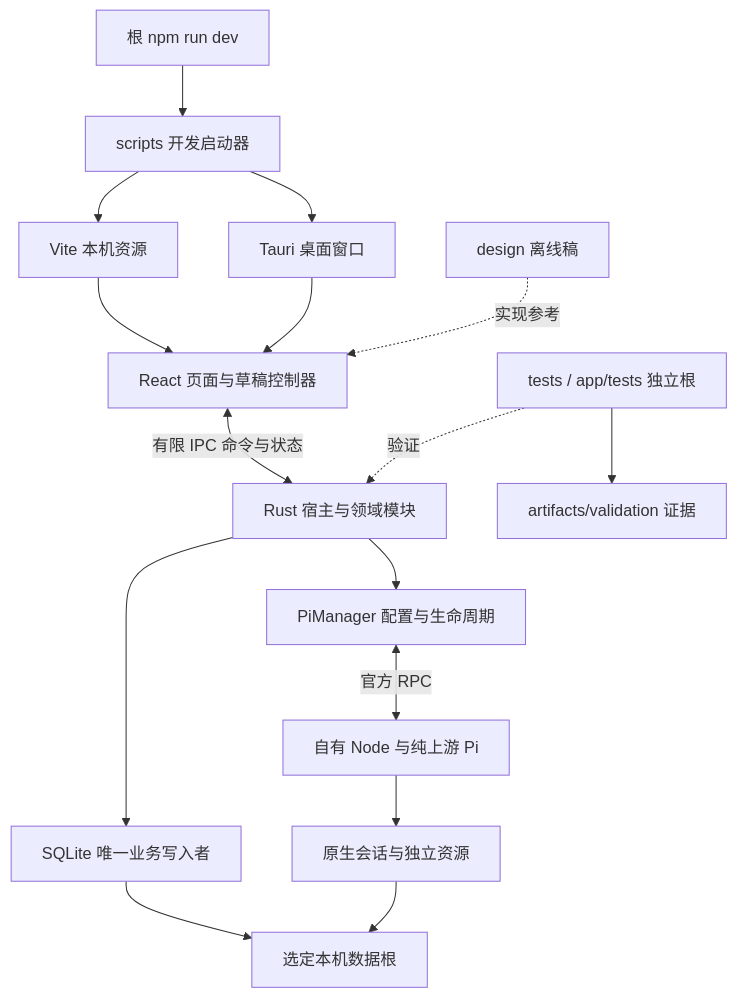
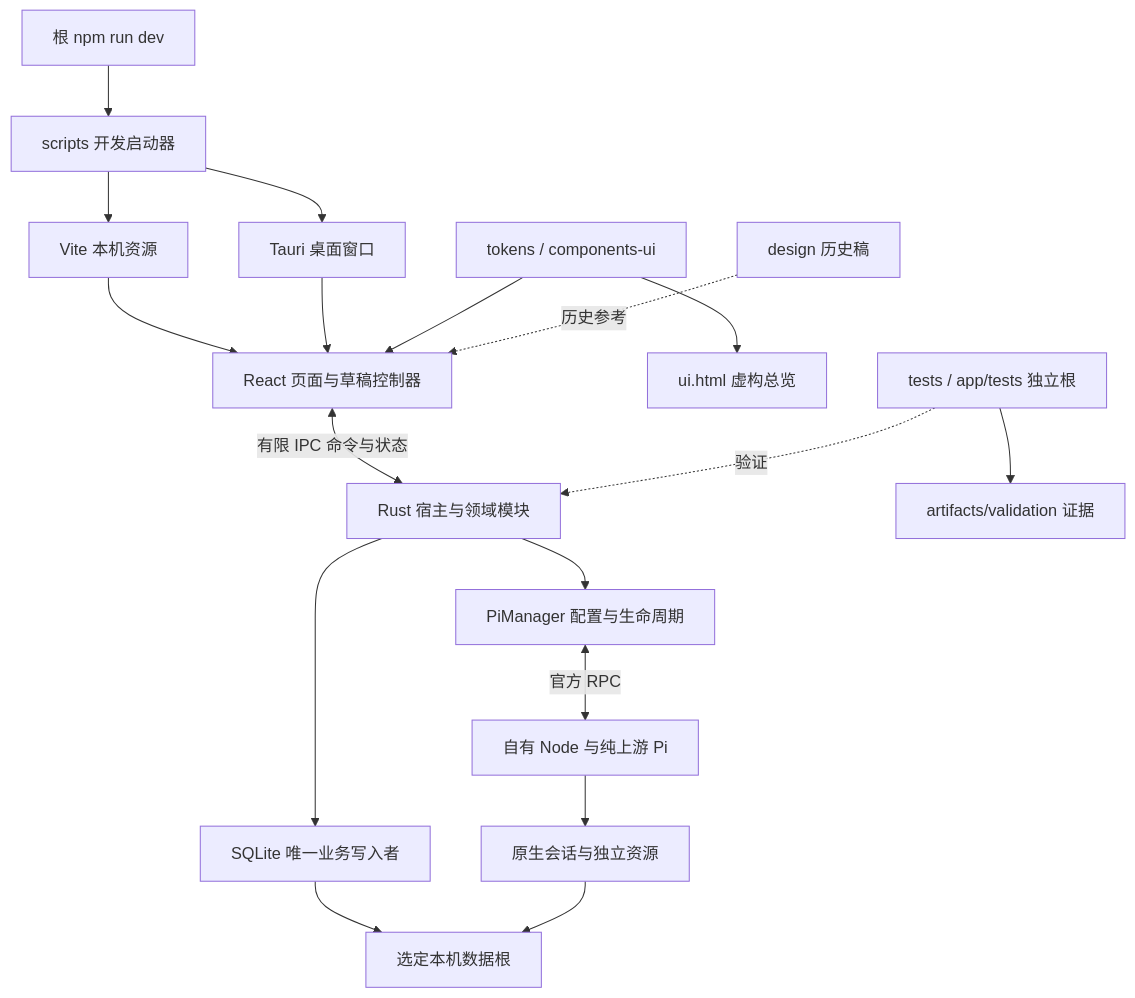
Before and after one commit to azcine94/_AZCine: the diagram in docs/project-architecture.md, drawn with Mermaid. The commit also changed other lines of this file and 6 other files, not shown here.

````diff
--- a/docs/project-architecture.md
+++ b/docs/project-architecture.md
@@ -109,18 +118,20 @@
 ```mermaid
 flowchart TD
     DEV[根 npm run dev] --> BOOT[scripts 开发启动器]
     BOOT --> DESKTOP[Tauri 桌面窗口]
     BOOT --> VITE[Vite 本机资源]
     VITE --> UI[React 页面与草稿控制器]
     DESKTOP --> UI
     UI <-->|有限 IPC 命令与状态| RUST[Rust 宿主与领域模块]
     RUST --> STORE[SQLite 唯一业务写入者]
     STORE --> DATA[选定本机数据根]
     RUST --> MANAGER[PiManager 配置与生命周期]
     MANAGER <-->|官方 RPC| PI[自有 Node 与纯上游 Pi]
     PI --> NATIVE[原生会话与独立资源]
     NATIVE --> DATA
-    DESIGN[design 离线稿] -.实现参考.-> UI
+    TOKENS[tokens / components-ui] --> UI
+    TOKENS --> OVERVIEW[ui.html 虚构总览]
+    DESIGN[design 历史稿] -.历史参考.-> UI
     TEST[tests / app/tests 独立根] -.验证.-> RUST
     TEST --> RUN[artifacts/validation 证据]
 ```
````
